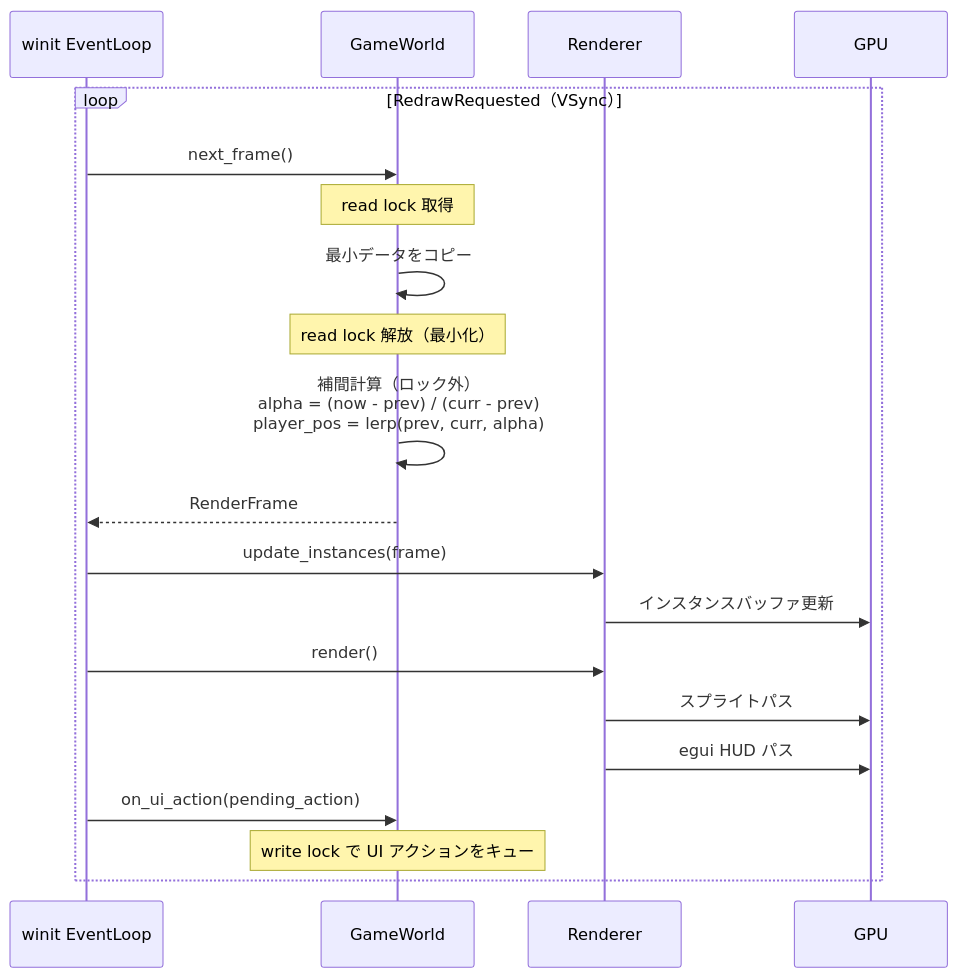
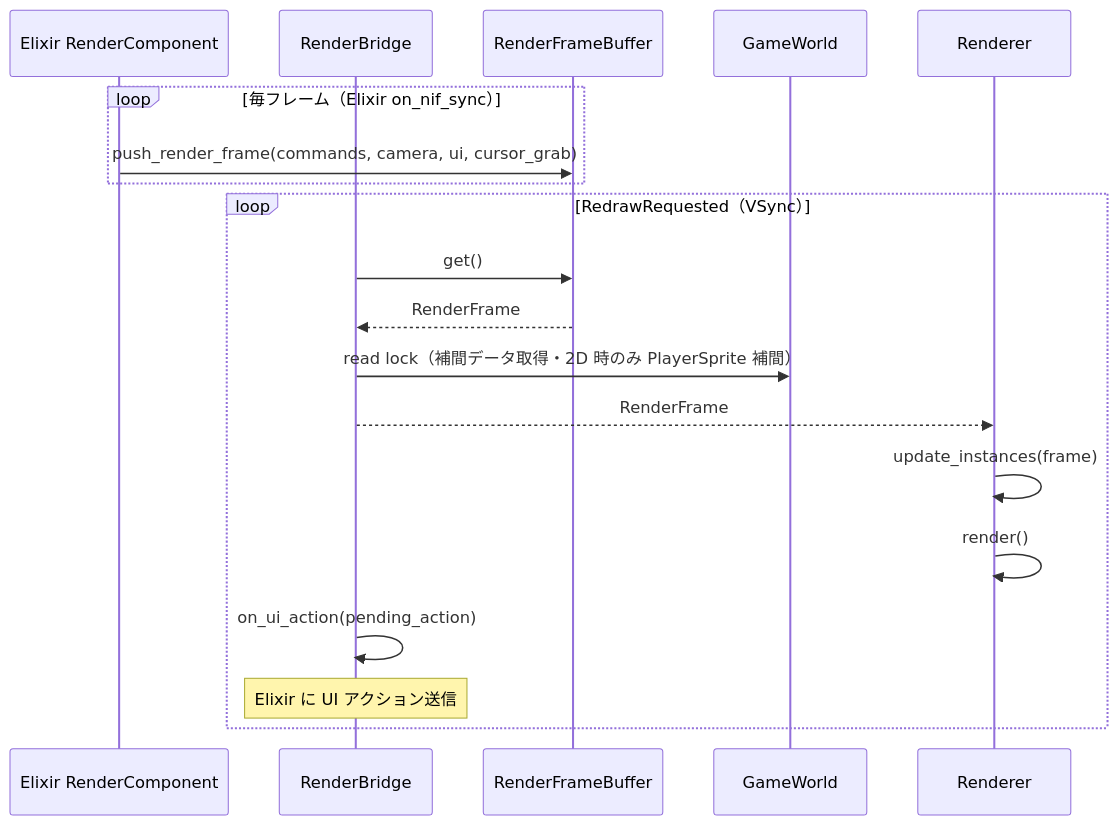
Before and after one commit to FRICK-ELDY/alchemy-engine: the eighth of 16 diagrams in docs/architecture/overview.md, drawn with Mermaid. The commit also changed other lines of this file and 6 other files, not shown here.

````diff
--- a/docs/architecture/overview.md
+++ b/docs/architecture/overview.md
@@ -345,23 +355,23 @@
 ```mermaid
 sequenceDiagram
-    participant W as winit EventLoop
+    participant E as Elixir RenderComponent
+    participant RB as RenderBridge
+    participant RFB as RenderFrameBuffer
     participant GW as GameWorld
     participant R as Renderer
-    participant GPU as GPU
+
+    loop 毎フレーム（Elixir on_nif_sync）
+        E->>RFB: push_render_frame(commands, camera, ui, cursor_grab)
+    end
 
     loop RedrawRequested（VSync）
-        W->>GW: next_frame()
-        Note over GW: read lock 取得
-        GW->>GW: 最小データをコピー
-        Note over GW: read lock 解放（最小化）
-        GW->>GW: 補間計算（ロック外）<br/>alpha = (now - prev) / (curr - prev)<br/>player_pos = lerp(prev, curr, alpha)
-        GW-->>W: RenderFrame
-        W->>R: update_instances(frame)
-        R->>GPU: インスタンスバッファ更新
-        W->>R: render()
-        R->>GPU: スプライトパス
-        R->>GPU: egui HUD パス
-        W->>GW: on_ui_action(pending_action)
-        Note over GW: write lock で UI アクションをキュー
+        RB->>RFB: get()
+        RFB-->>RB: RenderFrame
+        RB->>GW: read lock（補間データ取得・2D 時のみ PlayerSprite 補間）
+        RB-->>R: RenderFrame
+        R->>R: update_instances(frame)
+        R->>R: render()
+        RB->>RB: on_ui_action(pending_action)
+        Note over RB: Elixir に UI アクション送信
     end
 ```
````
